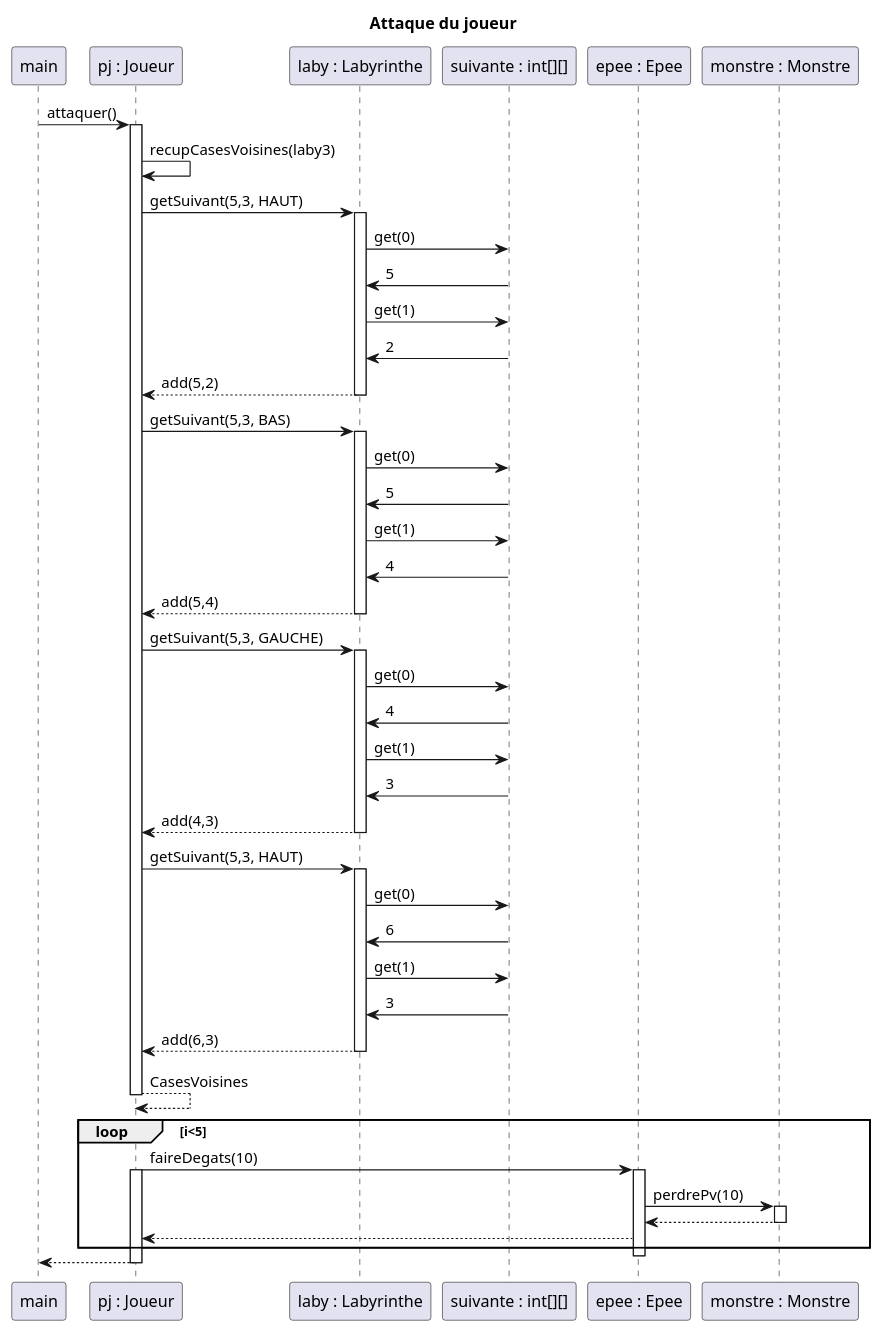
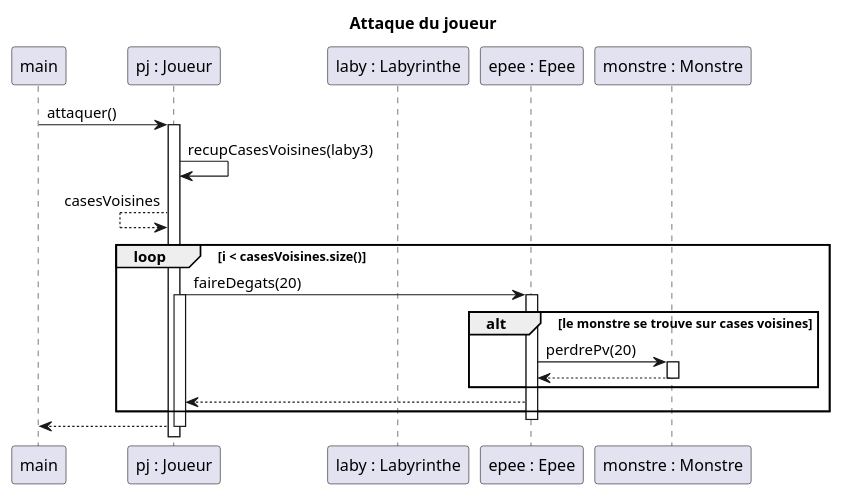
Before and after one commit to TanguyFox/2022_Zeldiablo_renard136u_seiler33u_serrier26u_arcelin1u: the diagram in documents/version_4/DiagSequenceAttaqueJoueur.puml, drawn with PlantUML. The commit also changed 2 other files, not shown here.

Commit message:
diag sequences nouvelles methodes joueur

```diff
--- a/documents/version_4/DiagSequenceAttaqueJoueur.puml
+++ b/documents/version_4/DiagSequenceAttaqueJoueur.puml
@@ -1,78 +1,38 @@
 @startuml
 'https://plantuml.com/sequence-diagram
 
 title Attaque du joueur
 
 participant "main" as MAIN
 participant "pj : Joueur" as J
 participant "laby : Labyrinthe" as L
-participant "suivante : int[][]" as S
 participant "epee : Epee" as E
 participant "monstre : Monstre" as M
 
 MAIN -> J : attaquer()
 activate J
 J -> J : recupCasesVoisines(laby3)
-
-J -> L : getSuivant(5,3, HAUT)
-activate L
-L -> S : get(0)
-S -> L : 5
-L -> S : get(1)
-S -> L : 2
-L --> J : add(5,2)
-deactivate L
+J <-- J : casesVoisines
 
 
-J -> L : getSuivant(5,3, BAS)
-activate L
-L -> S : get(0)
-S -> L : 5
-L -> S : get(1)
-S -> L : 4
-L --> J : add(5,4)
-deactivate L
+loop i < casesVoisines.size()
+J -> E : faireDegats(20)
+activate J
+activate E
+        alt le monstre se trouve sur cases voisines
+         E -> M : perdrePv(20)
+         activate M
+         M --> E
+         deactivate M
+        end alt
+E --> J
+end loop
 
-J -> L : getSuivant(5,3, GAUCHE)
-activate L
-L -> S : get(0)
-S -> L : 4
-L -> S : get(1)
-S -> L : 3
-L --> J : add(4,3)
-deactivate L
-
-J -> L : getSuivant(5,3, HAUT)
-activate L
-L -> S : get(0)
-S -> L : 6
-L -> S : get(1)
-S -> L : 3
-L --> J : add(6,3)
-deactivate L
-
-J --> J : CasesVoisines
-deactivate J
-
-
-loop i<5
-J -> E : faireDegats(10)
-
-
-        activate J
-        activate E
-    E -> M : perdrePv(10)
-
-activate M
-M --> E
-deactivate M
-E --> J
-end
 deactivate E
 
 
 J --> MAIN
 deactivate J
 
 
 @enduml
```
